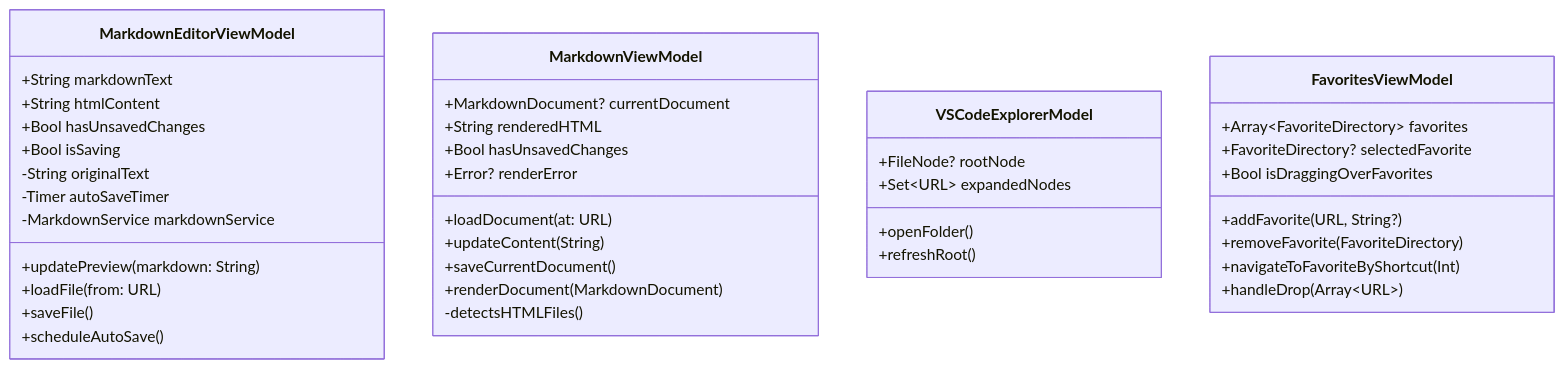
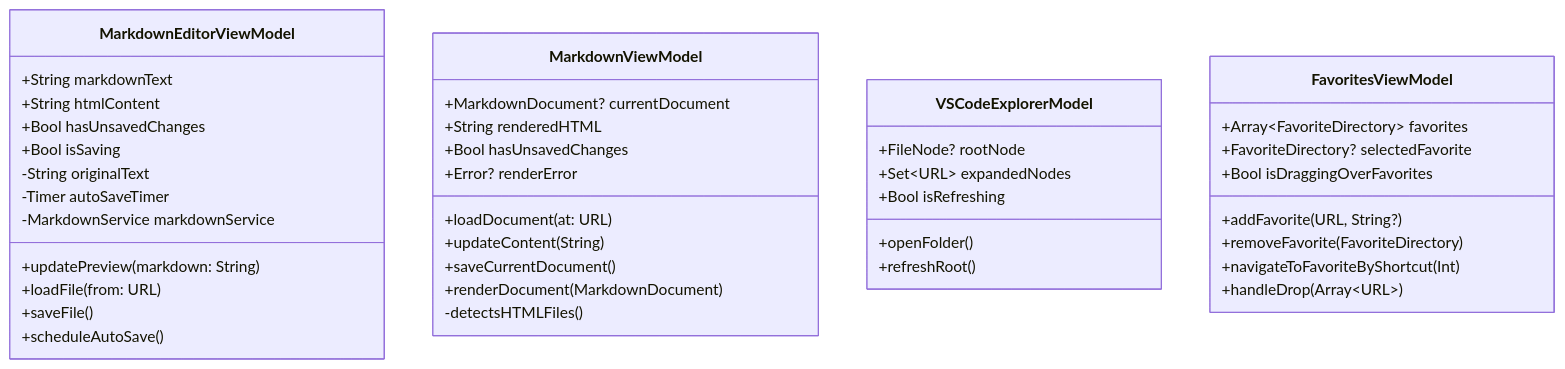
The third of 11 diagrams in docs/development/current-architecture.md (Consortium-team/mac-markdown-browser), drawn with Mermaid before and after one commit. The commit also changed other lines of this file and 9 other files, not shown here.

````diff
--- a/docs/development/current-architecture.md
+++ b/docs/development/current-architecture.md
@@ -113,45 +127,46 @@
 ```mermaid
 classDiagram
     class MarkdownEditorViewModel {
         +String markdownText
         +String htmlContent
         +Bool hasUnsavedChanges
         +Bool isSaving
         -String originalText
         -Timer autoSaveTimer
         -MarkdownService markdownService
         +updatePreview(markdown: String)
         +loadFile(from: URL)
         +saveFile()
         +scheduleAutoSave()
     }
     
     class MarkdownViewModel {
         +MarkdownDocument? currentDocument
         +String renderedHTML
         +Bool hasUnsavedChanges
         +Error? renderError
         +loadDocument(at: URL)
         +updateContent(String)
         +saveCurrentDocument()
         +renderDocument(MarkdownDocument)
         -detectsHTMLFiles()
     }
     
     class VSCodeExplorerModel {
         +FileNode? rootNode
         +Set~URL~ expandedNodes
+        +Bool isRefreshing
         +openFolder()
         +refreshRoot()
     }
     
     class FavoritesViewModel {
         +Array~FavoriteDirectory~ favorites
         +FavoriteDirectory? selectedFavorite
         +Bool isDraggingOverFavorites
         +addFavorite(URL, String?)
         +removeFavorite(FavoriteDirectory)
         +navigateToFavoriteByShortcut(Int)
         +handleDrop(Array~URL~)
     }
 ```
````
